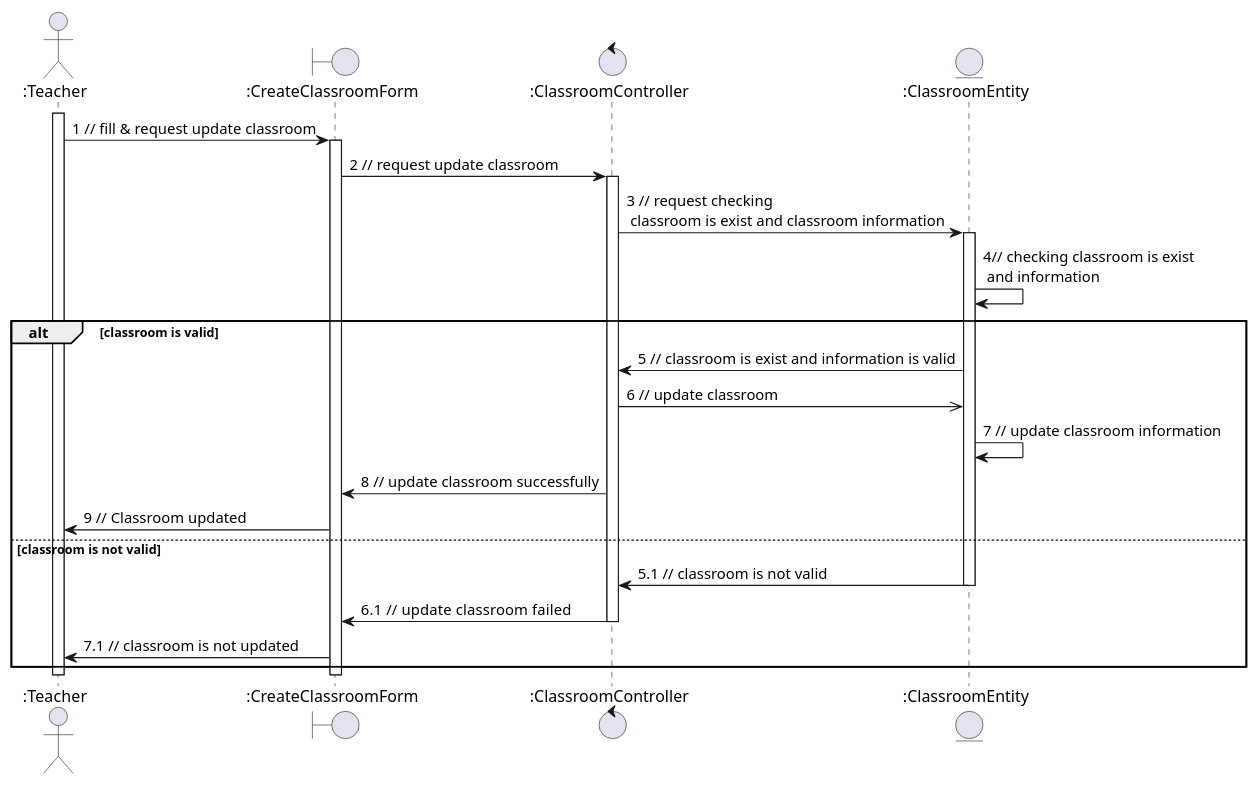
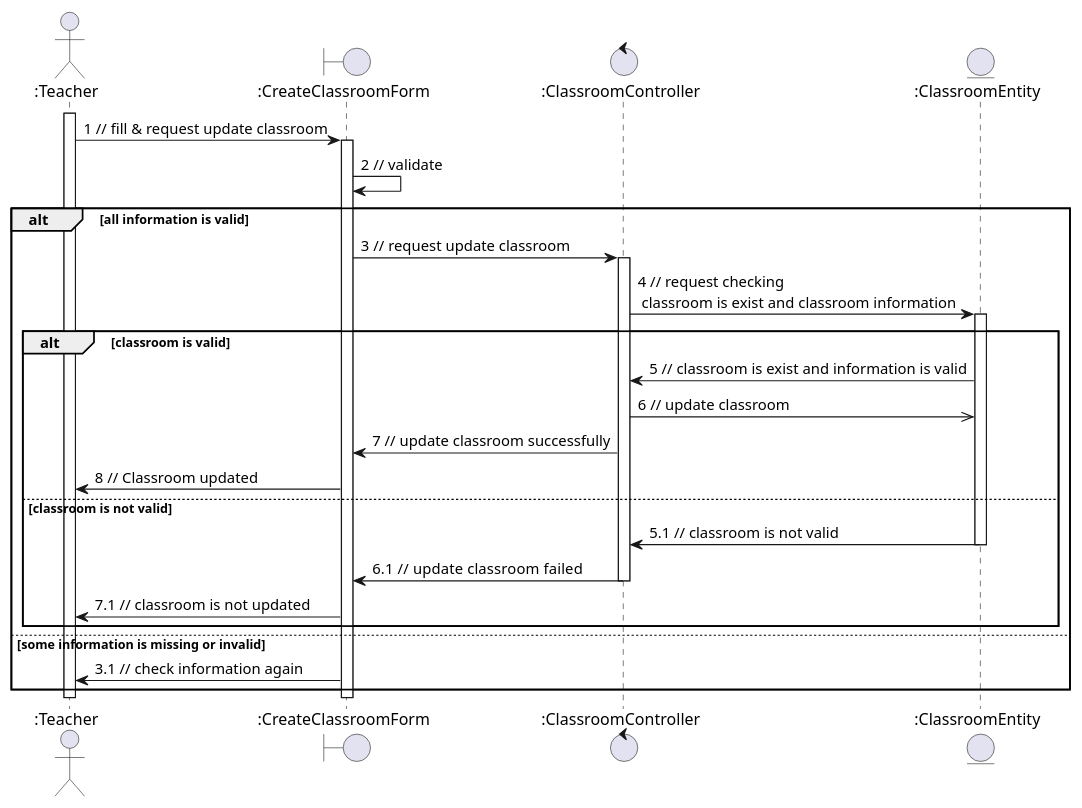
One commit to anonyhostvn/OOAD-Diagram changed the diagram in sequence - analaysis/classroom/updateClass.plantuml. Above: the diagram before and after it, drawn with PlantUML. The commit also changed 4 other files, not shown here.

```diff
--- a/sequence - analaysis/classroom/updateClass.plantuml
+++ b/sequence - analaysis/classroom/updateClass.plantuml
@@ -1,33 +1,36 @@
 @startuml updateClass
 
 actor ":Teacher"
 boundary ":CreateClassroomForm"
 control ":ClassroomController"
 entity ":ClassroomEntity"
 
 activate ":Teacher"
 ":Teacher" -> ":CreateClassroomForm": 1 // fill & request update classroom
 activate ":CreateClassroomForm"
-":CreateClassroomForm" -> ":ClassroomController": 2 // request update classroom
-activate ":ClassroomController"
-":ClassroomController" -> ":ClassroomEntity": 3 // request checking \n classroom is exist and classroom information
-activate ":ClassroomEntity"
-":ClassroomEntity" -> ":ClassroomEntity": 4// checking classroom is exist \n and information
-alt classroom is valid
-    ":ClassroomEntity" -> ":ClassroomController": 5 // classroom is exist and information is valid
-    ":ClassroomController" ->> ":ClassroomEntity": 6 // update classroom
-    ":ClassroomEntity" -> ":ClassroomEntity": 7 // update classroom information
-    ":ClassroomController" -> ":CreateClassroomForm": 8 // update classroom successfully
-    ":CreateClassroomForm" -> ":Teacher": 9 // Classroom updated
-else classroom is not valid
-    ":ClassroomEntity" -> ":ClassroomController": 5.1 // classroom is not valid
-    deactivate ":ClassroomEntity"
-    ":ClassroomController" -> ":CreateClassroomForm": 6.1 // update  classroom failed
-    deactivate ":ClassroomController"
-    ":CreateClassroomForm" -> ":Teacher": 7.1 // classroom is not updated
+":CreateClassroomForm" -> ":CreateClassroomForm": 2 // validate
+alt all information is valid
+    ":CreateClassroomForm" -> ":ClassroomController": 3 // request update classroom
+    activate ":ClassroomController"
+    ":ClassroomController" -> ":ClassroomEntity": 4 // request checking \n classroom is exist and classroom information
+    activate ":ClassroomEntity"
+    alt classroom is valid
+        ":ClassroomEntity" -> ":ClassroomController": 5 // classroom is exist and information is valid
+        ":ClassroomController" ->> ":ClassroomEntity": 6 // update classroom
+        ":ClassroomController" -> ":CreateClassroomForm": 7 // update classroom successfully
+        ":CreateClassroomForm" -> ":Teacher": 8 // Classroom updated
+    else classroom is not valid
+        ":ClassroomEntity" -> ":ClassroomController": 5.1 // classroom is not valid
+        deactivate ":ClassroomEntity"
+        ":ClassroomController" -> ":CreateClassroomForm": 6.1 // update  classroom failed
+        deactivate ":ClassroomController"
+        ":CreateClassroomForm" -> ":Teacher": 7.1 // classroom is not updated
+    end
+else some information is missing or invalid
+    ":CreateClassroomForm" -> ":Teacher": 3.1 // check information again
 end
 
 deactivate ":CreateClassroomForm"
 deactivate ":Teacher"
 
 @enduml
```
